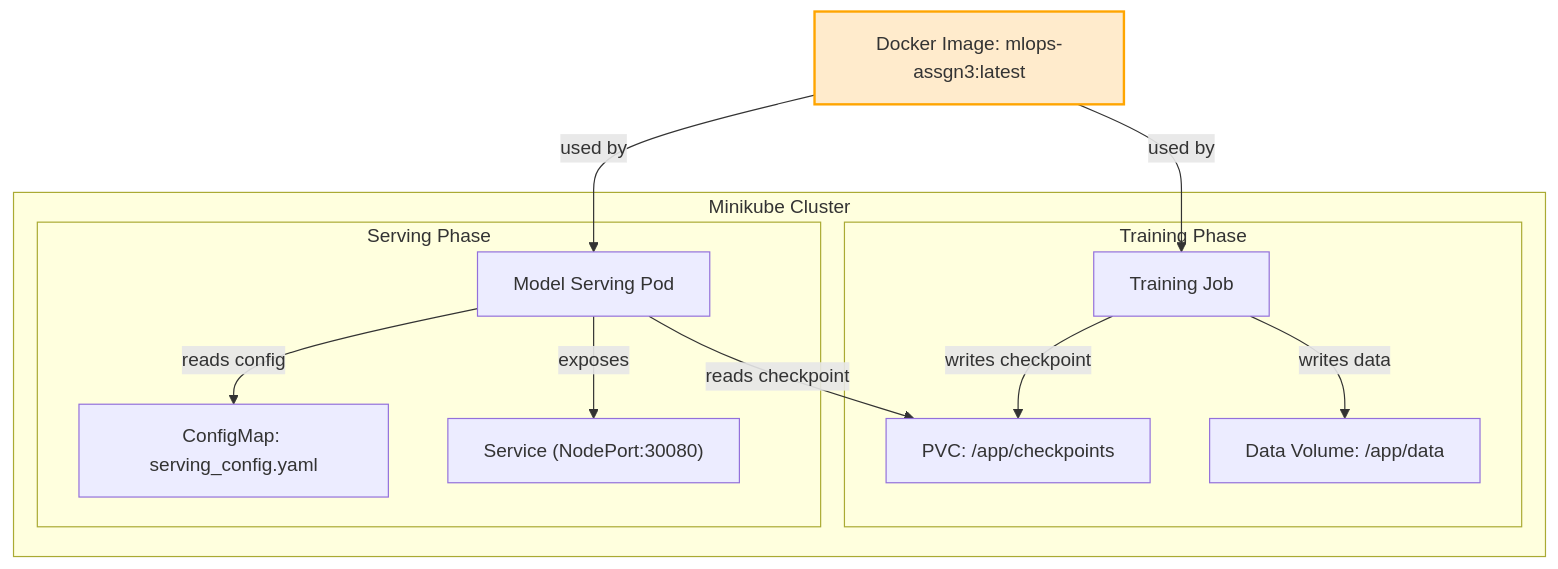
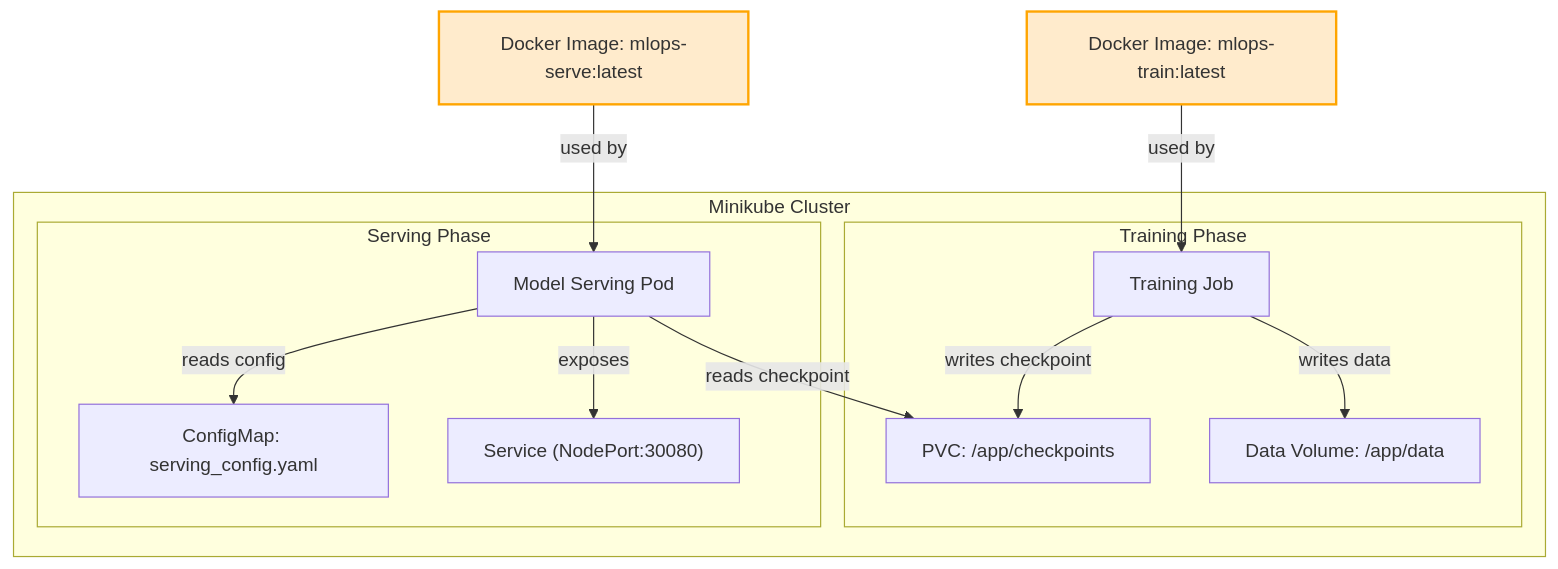
One commit to Dphilomath/mlops-pytorch-pipeline changed the diagram in README.md. Above: the diagram before and after it, drawn with Mermaid. The commit also changed other lines of this file, not shown here.

Commit message:
fix architecture

````diff
--- a/README.md
+++ b/README.md
@@ -7,18 +6,18 @@
 ```mermaid
 flowchart TD
     subgraph Cluster[Minikube Cluster]
         subgraph Training[Training Phase]
             T[Training Job] -->|writes checkpoint| PVC[PVC: /app/checkpoints]
             T -->|writes data| DataVol[Data Volume: /app/data]
         end
         subgraph Serving[Serving Phase]
             S[Model Serving Pod] -->|reads checkpoint| PVC
             S -->|reads config| CM[ConfigMap: serving_config.yaml]
             S -->|exposes| Service["Service (NodePort:30080)"]
         end
     end
-    DockerImage[Docker Image: mlops-assgn3:latest] -->|used by| T
-    DockerImage -->|used by| S
+    DockerImageTrain[Docker Image: mlops-train:latest] -->|used by| T
+    DockerImageServe[Docker Image: mlops-serve:latest] -->|used by| S
     classDef orange fill:#ffebcc,stroke:#ffa500,stroke-width:2px;
-    class DockerImage orange;
+    class DockerImageTrain,DockerImageServe orange;
 ```
````
